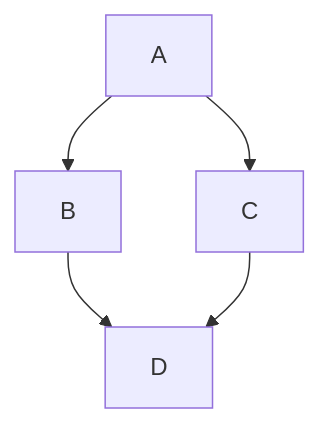
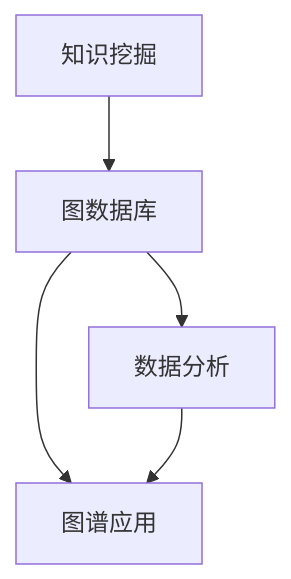
Before and after one commit to SmartDataLab/KG-Share: the diagram in chart1.mmd, drawn with Mermaid. The commit also changed 17 other files, not shown here.

```diff
--- a/chart1.mmd
+++ b/chart1.mmd
@@ -1,5 +1,5 @@
 graph TD;
-    A-->B;
-    A-->C;
-    B-->D;
+    A[知识挖掘]-->B[图数据库];
+    B-->C[数据分析];
+    B-->D[图谱应用];
     C-->D;
```
